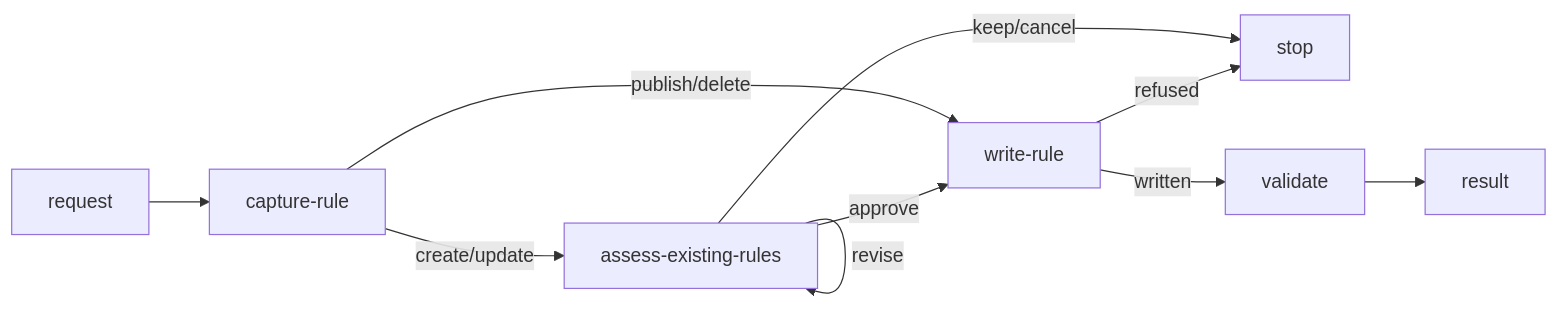
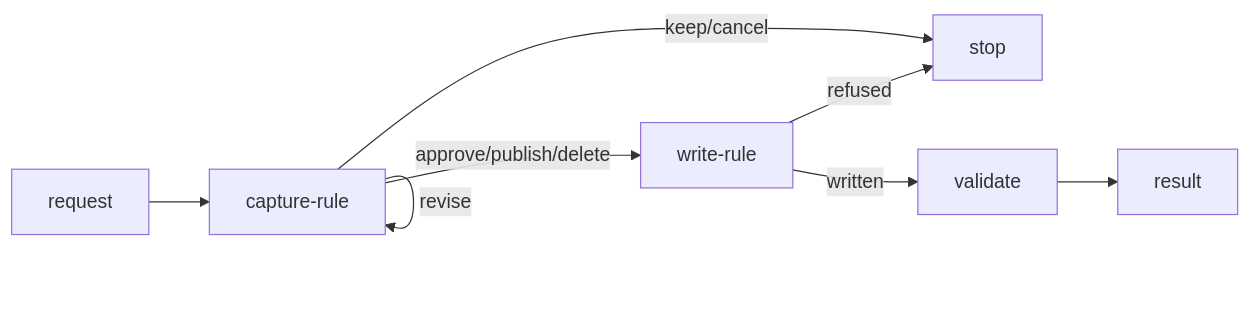
The diagram in plugins/aidd-context/skills/05-rule-generate/SKILL.md (ai-driven-dev/framework), drawn with Mermaid before and after one commit. The commit also changed other lines of this file and 6 other files, not shown here.

Commit message:
refactor(aidd-context): fold rule assessment into capture

````diff
--- a/plugins/aidd-context/skills/05-rule-generate/SKILL.md
+++ b/plugins/aidd-context/skills/05-rule-generate/SKILL.md
@@ -9,12 +9,10 @@
 ```mermaid
 flowchart LR
   request --> capture-rule
-  capture-rule -->|create/update| assess-existing-rules
-  capture-rule -->|publish/delete| write-rule
-  assess-existing-rules -->|revise| assess-existing-rules
-  assess-existing-rules -->|approve| write-rule
-  assess-existing-rules -->|keep/cancel| stop
+  capture-rule -->|approve/publish/delete| write-rule
+  capture-rule -->|revise| capture-rule
+  capture-rule -->|keep/cancel| stop
   write-rule -->|written| validate
   write-rule -->|refused| stop
   validate --> result
 ```
````
